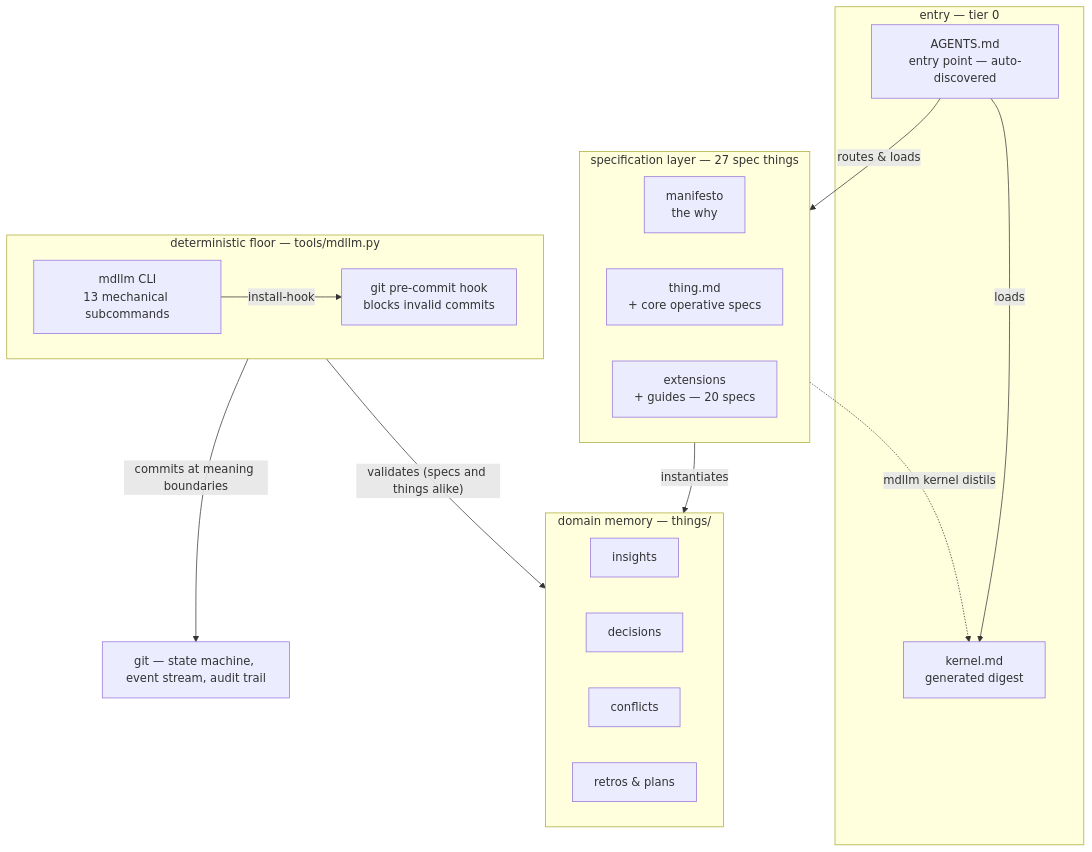
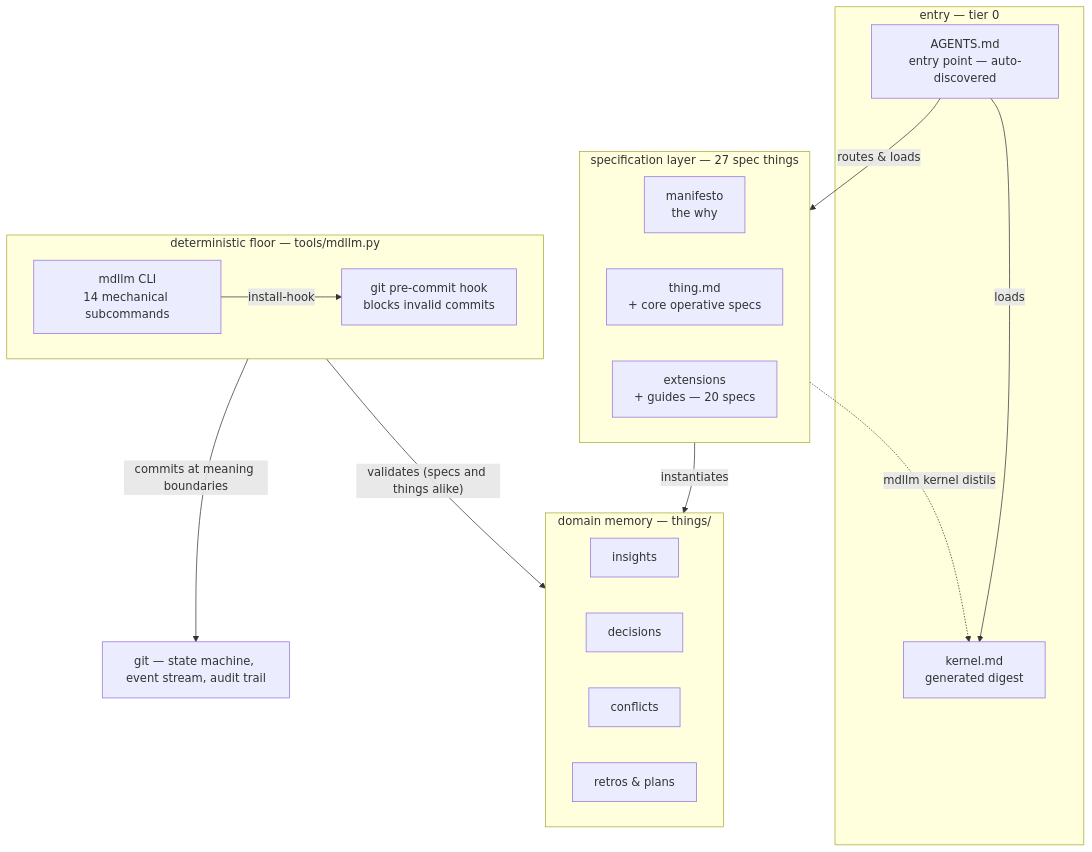
The first of 3 diagrams in framework-map.md (JanoshMoshiri/MarkdownLLM), drawn with Mermaid before and after one commit. The commit also changed other lines of this file and 8 other files, not shown here.

````diff
--- a/framework-map.md
+++ b/framework-map.md
@@ -51,31 +51,31 @@
 ```mermaid
 flowchart TD
     subgraph entry ["entry — tier 0"]
         AGENTS["AGENTS.md<br/>entry point — auto-discovered"]
         KERNEL["kernel.md<br/>generated digest"]
     end
     subgraph specs ["specification layer — 27 spec things"]
         MANIFESTO["manifesto<br/>the why"]
         THING["thing.md<br/>+ core operative specs"]
         EXT["extensions<br/>+ guides — 20 specs"]
     end
     subgraph memory ["domain memory — things/"]
         INSIGHTS["insights"]
         DECISIONS["decisions"]
         CONFLICTS["conflicts"]
         RETROS["retros & plans"]
     end
     subgraph floor ["deterministic floor — tools/mdllm.py"]
-        MDLLM["mdllm CLI<br/>13 mechanical subcommands"]
+        MDLLM["mdllm CLI<br/>14 mechanical subcommands"]
         HOOK["git pre-commit hook<br/>blocks invalid commits"]
     end
     GIT["git — state machine, event stream, audit trail"]
 
     AGENTS -->|loads| KERNEL
     AGENTS -->|routes & loads| specs
     specs -.->|"mdllm kernel distils"| KERNEL
     specs -->|instantiates| memory
     MDLLM -->|install-hook| HOOK
     floor -->|"validates (specs and things alike)"| memory
     floor -->|commits at meaning boundaries| GIT
 ```
````
